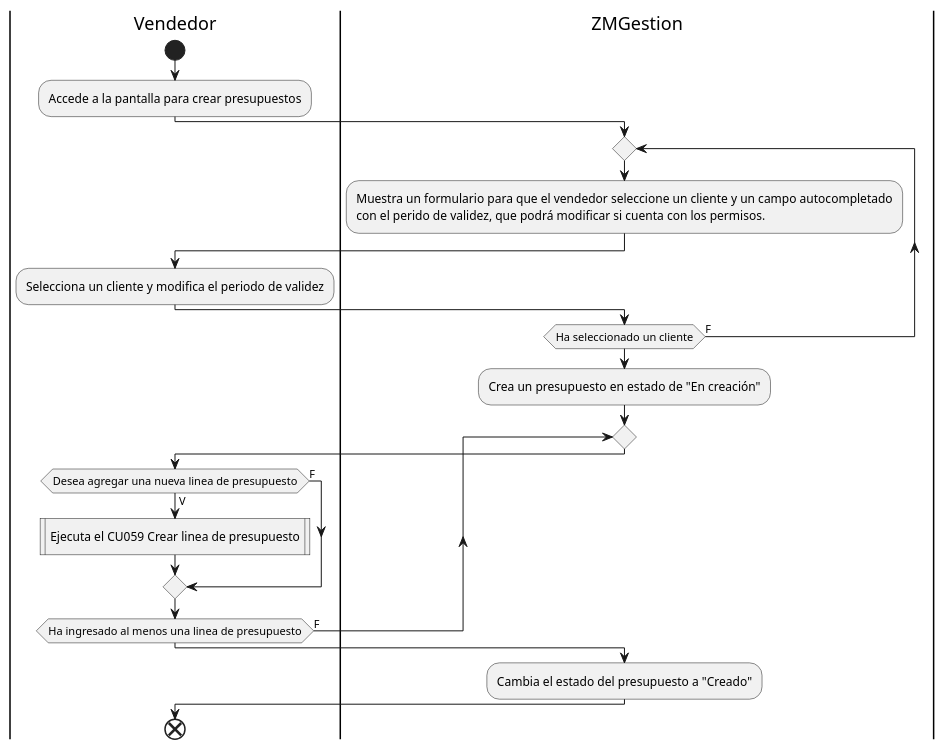
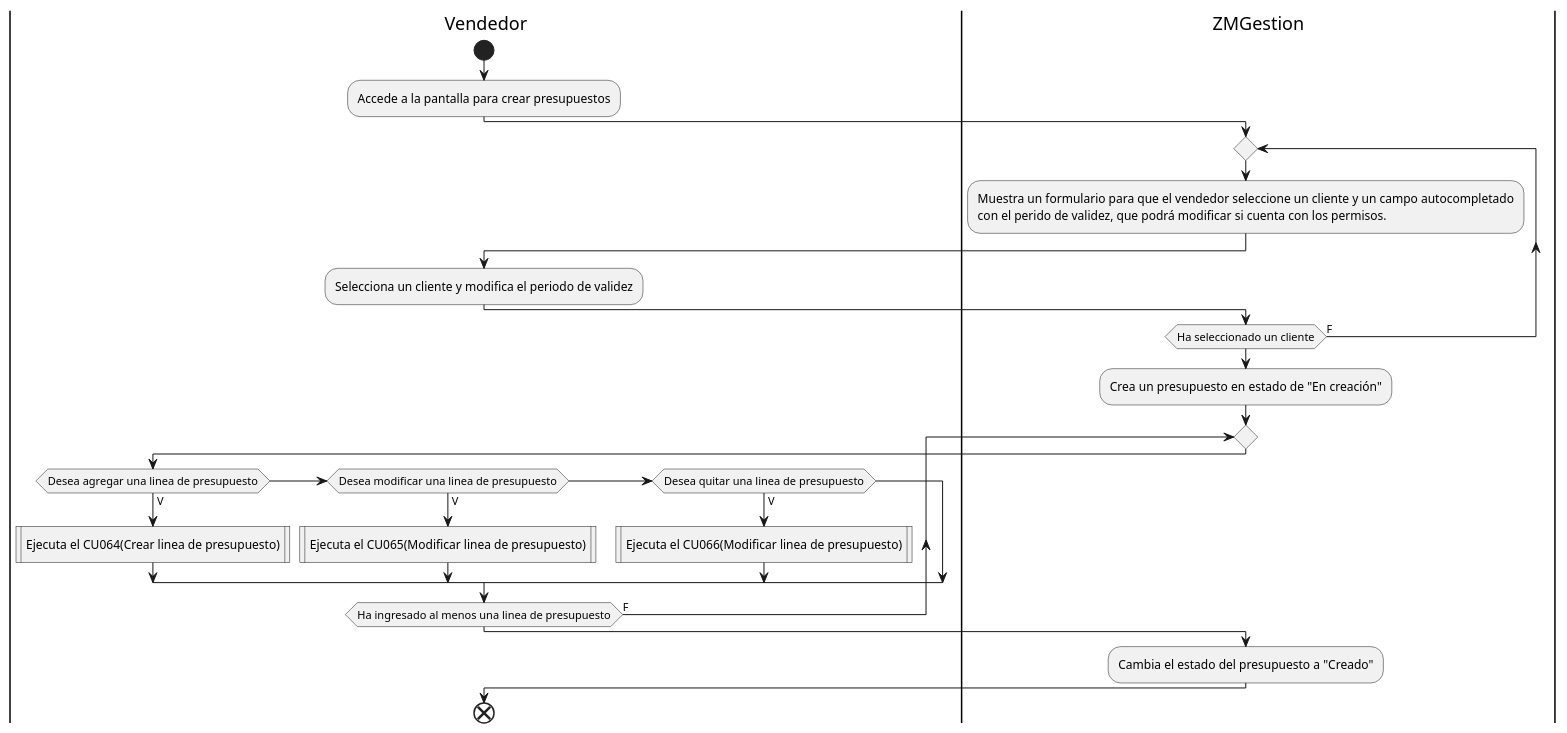
One commit to ZMGestion/DocumentacionZMGestion changed the eighth of 29 diagrams in DiagramasActividad/DiagramaDeActividad.puml. Above: the diagram before and after it, drawn with PlantUML. The commit also changed other lines of this file and 7 other files, not shown here.

Commit message:
Nuevo DiagramasDeActividad y cambios en DiagramasDeEstado

```diff
--- a/DiagramasActividad/DiagramaDeActividad.puml
+++ b/DiagramasActividad/DiagramaDeActividad.puml
@@ -115,26 +115,28 @@
 @startuml crearPresupuesto
 |Vendedor|
 start
 :Accede a la pantalla para crear presupuestos;
 |ZMGestion|
 repeat
 :Muestra un formulario para que el vendedor seleccione un cliente y un campo autocompletado
 con el perido de validez, que podrá modificar si cuenta con los permisos.;
 |Vendedor|
 :Selecciona un cliente y modifica el periodo de validez;
 |ZMGestion|
 repeat while(Ha seleccionado un cliente) is (F)
 :Crea un presupuesto en estado de "En creación";
 repeat
 |Vendedor|
-if (Desea agregar una nueva linea de presupuesto) then (V)
-:Ejecuta el CU059 Crear linea de presupuesto|
-else (F)
+if(Desea agregar una linea de presupuesto) then (V)
+:Ejecuta el CU064(Crear linea de presupuesto)|
+else if (Desea modificar una linea de presupuesto) then (V)
+:Ejecuta el CU065(Modificar linea de presupuesto)|
+else if (Desea quitar una linea de presupuesto) then (V)
+:Ejecuta el CU066(Modificar linea de presupuesto)|
 endif
 repeat while(Ha ingresado al menos una linea de presupuesto) is (F)
 |ZMGestion|
-
 :Cambia el estado del presupuesto a "Creado";
 |Vendedor|
 end
 @enduml
```
